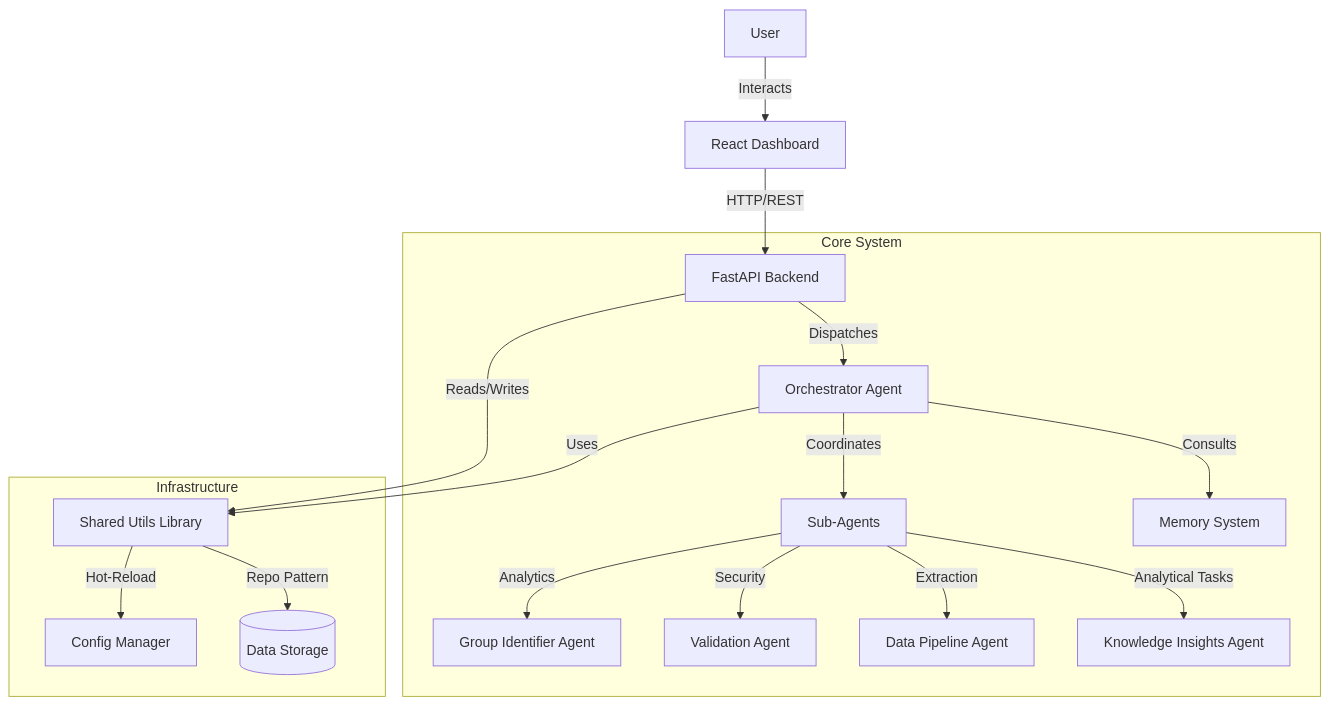
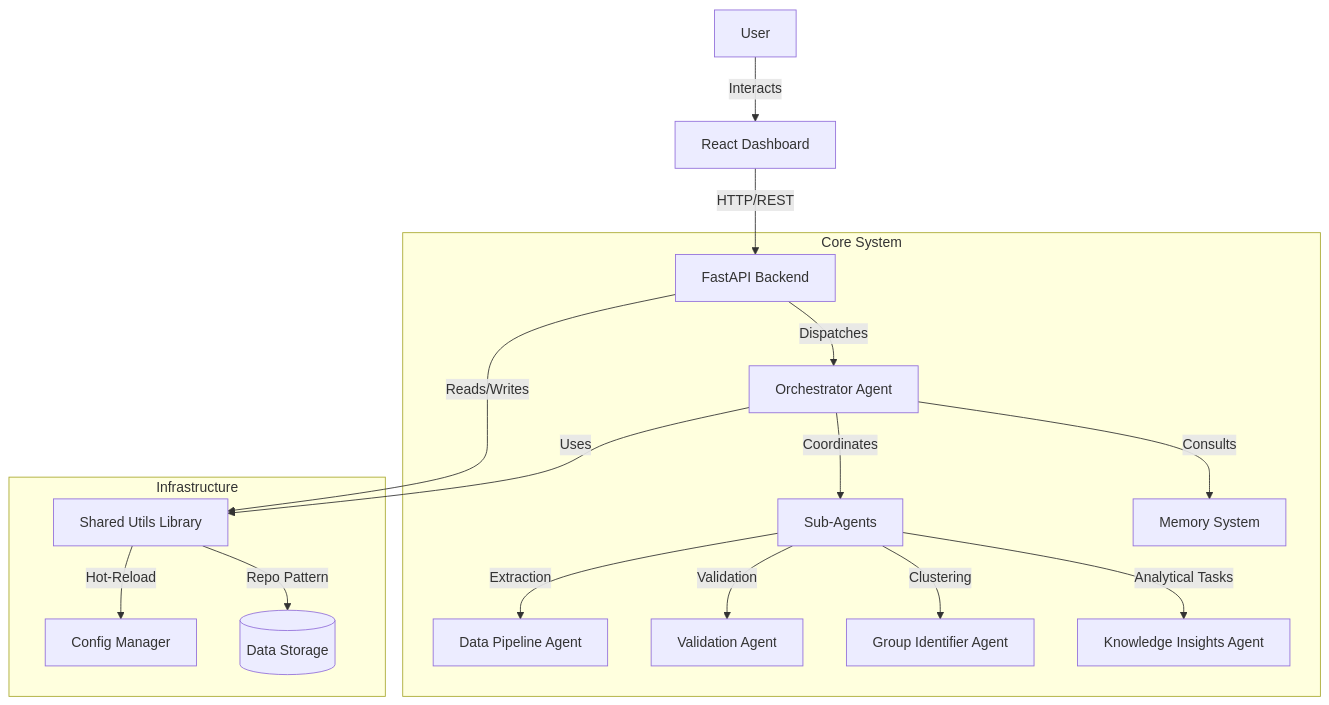
Before and after one commit to MoMakkawi/Agentic_tracking_system: the diagram in README.md, drawn with Mermaid.

Commit message:
Refactoring.

````diff
--- a/README.md
+++ b/README.md
@@ -29,23 +29,23 @@
 ```mermaid
 graph TD
     User[User] -->|Interacts| Dashboard[React Dashboard]
     Dashboard -->|HTTP/REST| API[FastAPI Backend]
     
     subgraph Core_System["Core System"]
         API -->|Dispatches| Orchestrator[Orchestrator Agent]
         Orchestrator -->|Consults| Memory[Memory System]
         Orchestrator -->|Coordinates| SubAgents[Sub-Agents]
         
         SubAgents -->|Analytical Tasks| KnowledgeInsights[Knowledge Insights Agent]
+        SubAgents -->|Clustering| GroupIdentifier[Group Identifier Agent]
+        SubAgents -->|Validation| Validation[Validation Agent]
         SubAgents -->|Extraction| DataPipeline[Data Pipeline Agent]
-        SubAgents -->|Security| Validation[Validation Agent]
-        SubAgents -->|Analytics| GroupIdentifier[Group Identifier Agent]
     end
     
     subgraph Infrastructure
         API -->|Reads/Writes| Utils[Shared Utils Library]
         Orchestrator -->|Uses| Utils
         Utils -->|Repo Pattern| Storage[(Data Storage)]
         Utils -->|Hot-Reload| Config[Config Manager]
     end
 ```
````
